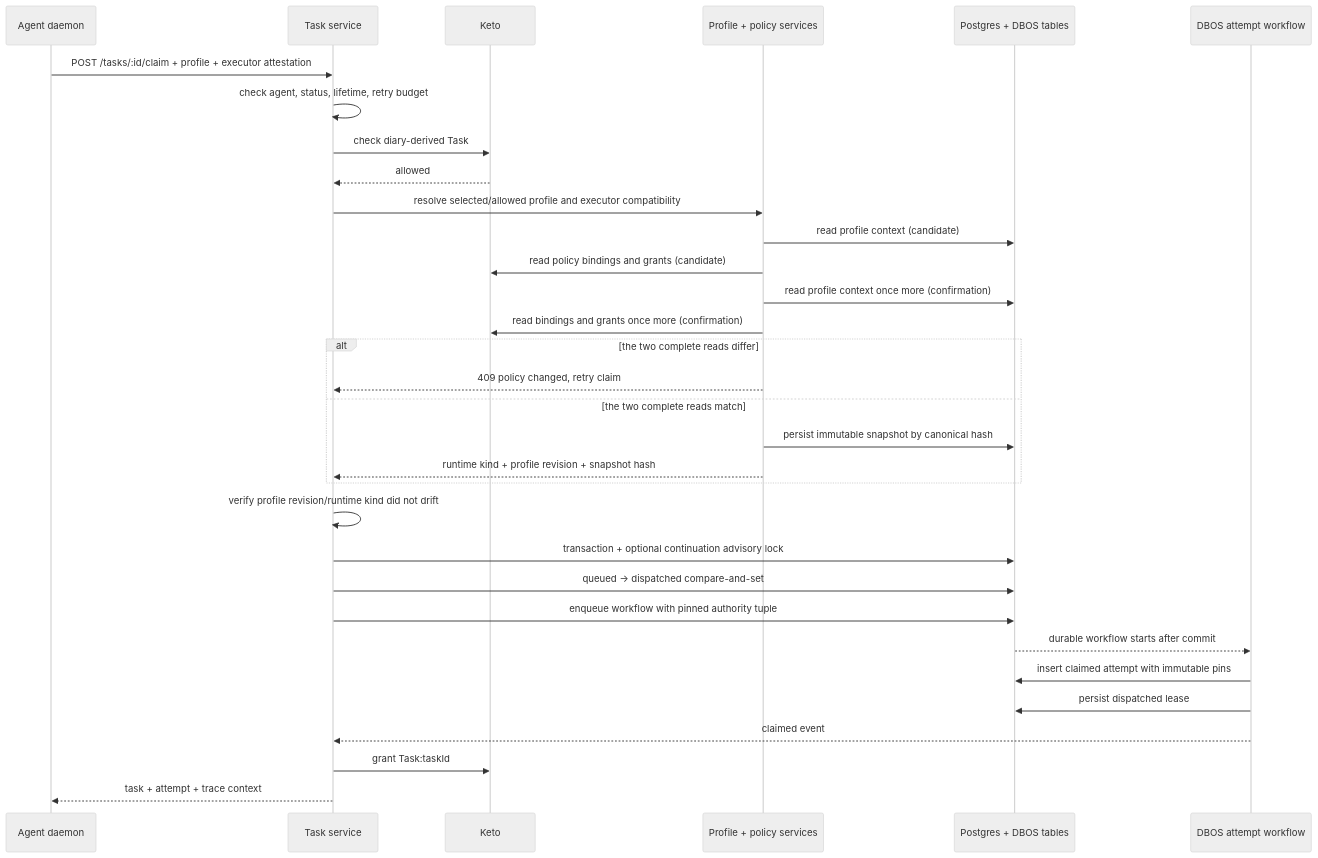
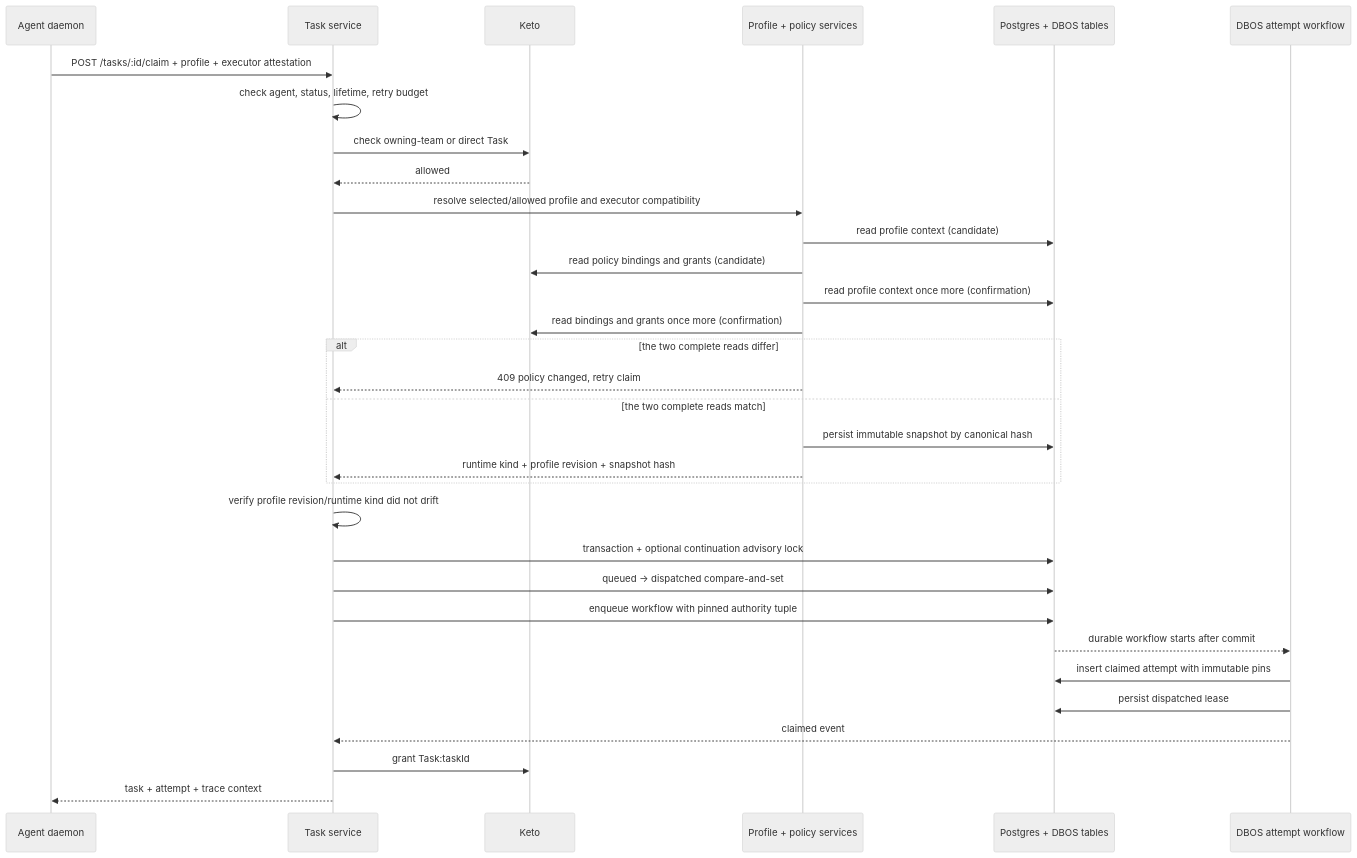
Before and after one commit to getlarge/themoltnet: the fourth of 6 diagrams in docs/use/tasks-and-runtime.md, drawn with Mermaid (neutral theme). The commit also changed other lines of this file and 3 other files, not shown here.

First line of the commit message:
docs: correct diary and task authorization

````diff
--- a/docs/use/tasks-and-runtime.md
+++ b/docs/use/tasks-and-runtime.md
@@ -187,35 +190,35 @@
 ```mermaid
 sequenceDiagram
     participant D as Agent daemon
     participant API as Task service
     participant K as Keto
     participant RP as Profile + policy services
     participant DB as Postgres + DBOS tables
     participant W as DBOS attempt workflow
 
     D->>API: POST /tasks/:id/claim + profile + executor attestation
     API->>API: check agent, status, lifetime, retry budget
-    API->>K: check diary-derived Task#claim permit
+    API->>K: check owning-team or direct Task#claim permit
     K-->>API: allowed
     API->>RP: resolve selected/allowed profile and executor compatibility
     RP->>DB: read profile context (candidate)
     RP->>K: read policy bindings and grants (candidate)
     RP->>DB: read profile context once more (confirmation)
     RP->>K: read bindings and grants once more (confirmation)
     alt the two complete reads differ
         RP-->>API: 409 policy changed, retry claim
     else the two complete reads match
         RP->>DB: persist immutable snapshot by canonical hash
         RP-->>API: runtime kind + profile revision + snapshot hash
     end
     API->>API: verify profile revision/runtime kind did not drift
     API->>DB: transaction + optional continuation advisory lock
     API->>DB: queued -> dispatched compare-and-set
     API->>DB: enqueue workflow with pinned authority tuple
     DB-->>W: durable workflow starts after commit
     W->>DB: insert claimed attempt with immutable pins
     W->>DB: persist dispatched lease
     W-->>API: claimed event
     API->>K: grant Task:taskId#claimant@Agent:agentId
     API-->>D: task + attempt + trace context
 ```
````
